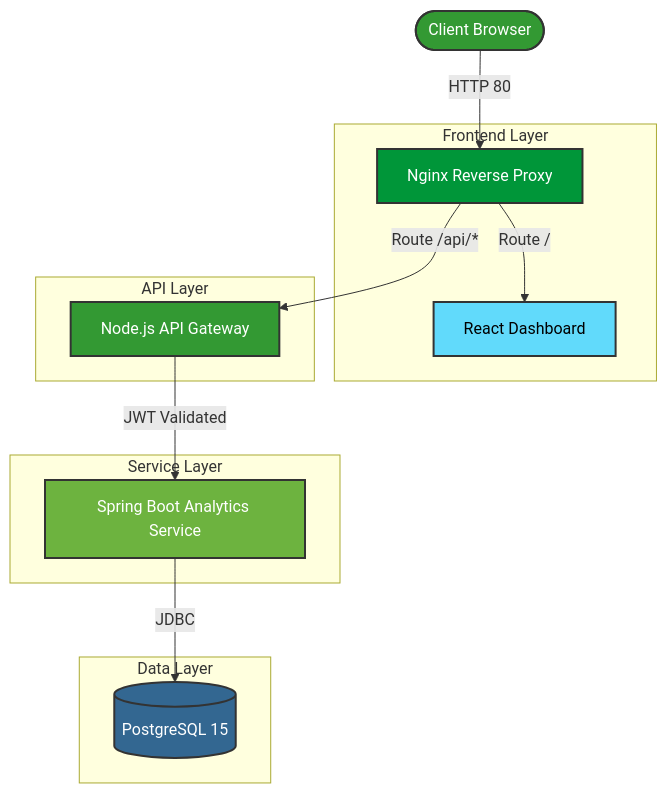
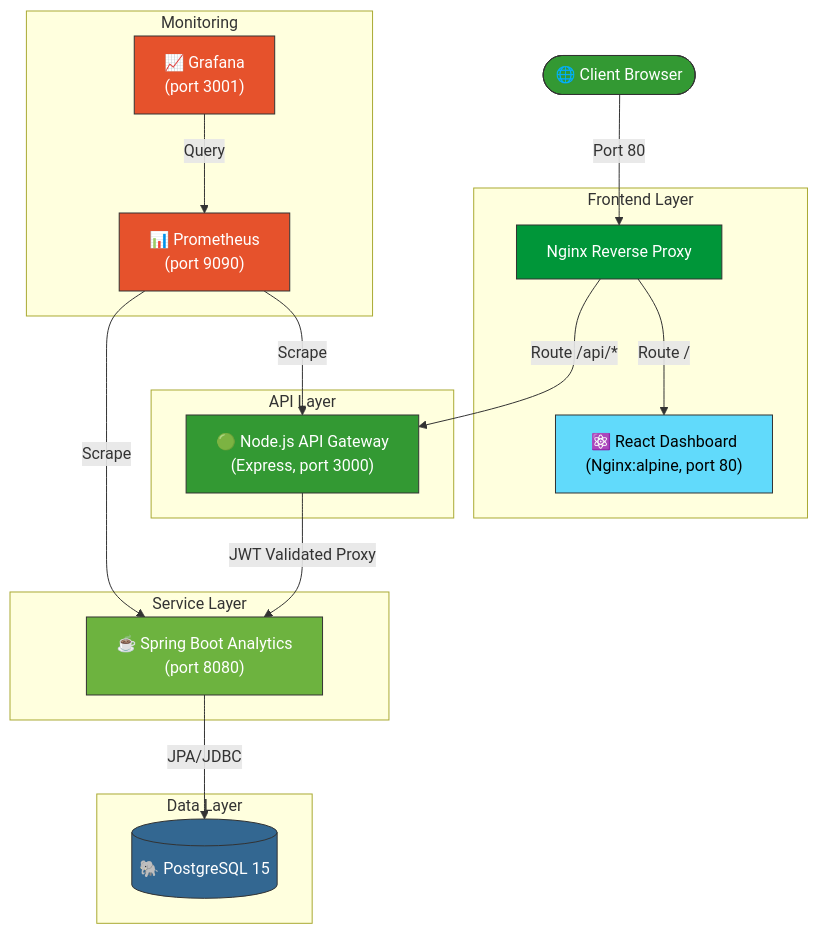
One commit to deewakar05/Orion-cicd-platform changed the diagram in README.md. Above: the diagram before and after it, drawn with Mermaid. The commit also changed other lines of this file and 5 other files, not shown here.

````diff
--- a/README.md
+++ b/README.md
@@ -58,32 +47,40 @@
 ```mermaid
 graph TD
-    Client([Client Browser]) -->|HTTP 80| Nginx[Nginx Reverse Proxy]
-    
+    Client([🌐 Client Browser]) -->|Port 80| Nginx[Nginx Reverse Proxy]
+
     subgraph Frontend Layer
-        Nginx -->|Route /| React[React Dashboard]
-    end
-    
-    subgraph API Layer
-        Nginx -->|Route /api/*| NodeGW[Node.js API Gateway]
-    end
-    
-    subgraph Service Layer
-        NodeGW -->|JWT Validated| JavaAuth[Spring Boot Analytics Service]
-    end
-    
-    subgraph Data Layer
-        JavaAuth -->|JDBC| DB[(PostgreSQL 15)]
+        Nginx -->|"Route /"| React["⚛️ React Dashboard\n(Nginx:alpine, port 80)"]
     end
 
-    classDef proxy fill:#009639,stroke:#333,stroke-width:2px,color:#fff;
-    classDef react fill:#61DAFB,stroke:#333,stroke-width:2px,color:#000;
-    classDef node fill:#339933,stroke:#333,stroke-width:2px,color:#fff;
-    classDef java fill:#6DB33F,stroke:#333,stroke-width:2px,color:#fff;
-    classDef pg fill:#336791,stroke:#333,stroke-width:2px,color:#fff;
+    subgraph API Layer
+        Nginx -->|"Route /api/*"| NodeGW["🟢 Node.js API Gateway\n(Express, port 3000)"]
+    end
+
+    subgraph Service Layer
+        NodeGW -->|JWT Validated Proxy| JavaSvc["☕ Spring Boot Analytics\n(port 8080)"]
+    end
+
+    subgraph Data Layer
+        JavaSvc -->|JPA/JDBC| DB[("🐘 PostgreSQL 15")]
+    end
+
+    subgraph Monitoring
+        Prometheus["📊 Prometheus\n(port 9090)"] -->|Scrape| NodeGW
+        Prometheus -->|Scrape| JavaSvc
+        Grafana["📈 Grafana\n(port 3001)"] -->|Query| Prometheus
+    end
+
+    classDef proxy fill:#009639,stroke:#333,color:#fff;
+    classDef react fill:#61DAFB,stroke:#333,color:#000;
+    classDef node fill:#339933,stroke:#333,color:#fff;
+    classDef java fill:#6DB33F,stroke:#333,color:#fff;
+    classDef pg fill:#336791,stroke:#333,color:#fff;
+    classDef monitor fill:#E6522C,stroke:#333,color:#fff;
 
     class Nginx proxy;
     class React react;
     class NodeGW node;
-    class JavaAuth java;
+    class JavaSvc java;
     class DB pg;
+    class Prometheus,Grafana monitor;
 ```
````
